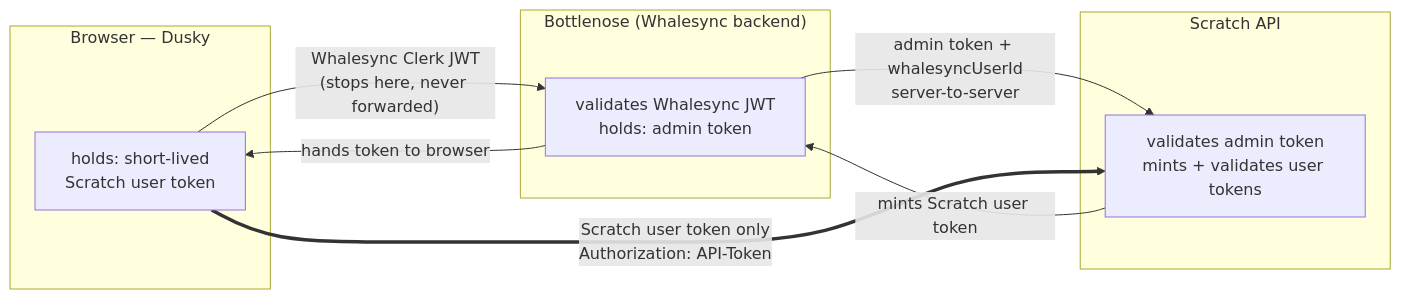
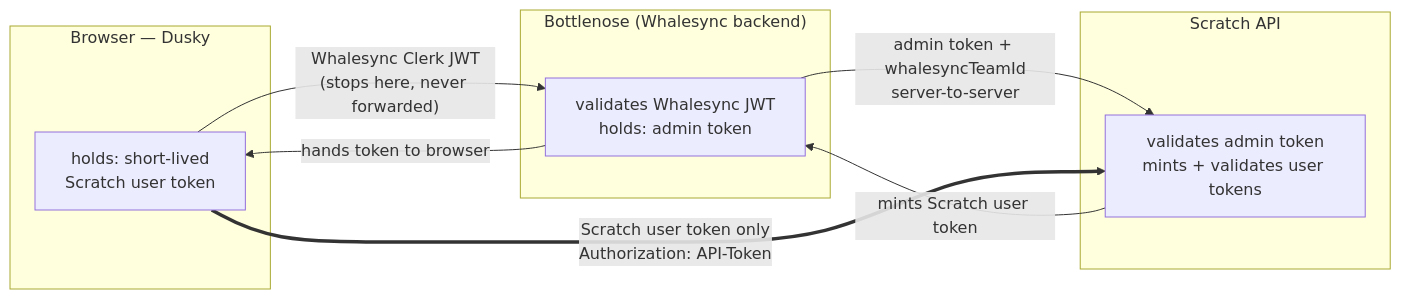
Before and after one commit to whalesync/scratch-cli-test: the first of 6 diagrams in docs/whalesync-scratch-api-access.md, drawn with Mermaid. The commit also changed other lines of this file and 56 other files, not shown here.

First line of the commit message:
[server] Scratch stops knowing Whalesync people

````diff
--- a/docs/whalesync-scratch-api-access.md
+++ b/docs/whalesync-scratch-api-access.md
@@ -51,18 +51,18 @@
 ```mermaid
 flowchart LR
   subgraph B["Browser — Dusky"]
     Dusky["holds: short-lived<br/>Scratch user token"]
   end
   subgraph W["Bottlenose (Whalesync backend)"]
     BN["validates Whalesync JWT<br/>holds: admin token"]
   end
   subgraph S["Scratch API"]
     SC["validates admin token<br/>mints + validates user tokens"]
   end
 
   Dusky -- "Whalesync Clerk JWT<br/>(stops here, never forwarded)" --> BN
-  BN -- "admin token + whalesyncUserId<br/>server-to-server" --> SC
+  BN -- "admin token + whalesyncTeamId<br/>server-to-server" --> SC
   SC -- "mints Scratch user token" --> BN
   BN -- "hands token to browser" --> Dusky
   Dusky == "Scratch user token only<br/>Authorization: API-Token" ==> SC
 ```
````
